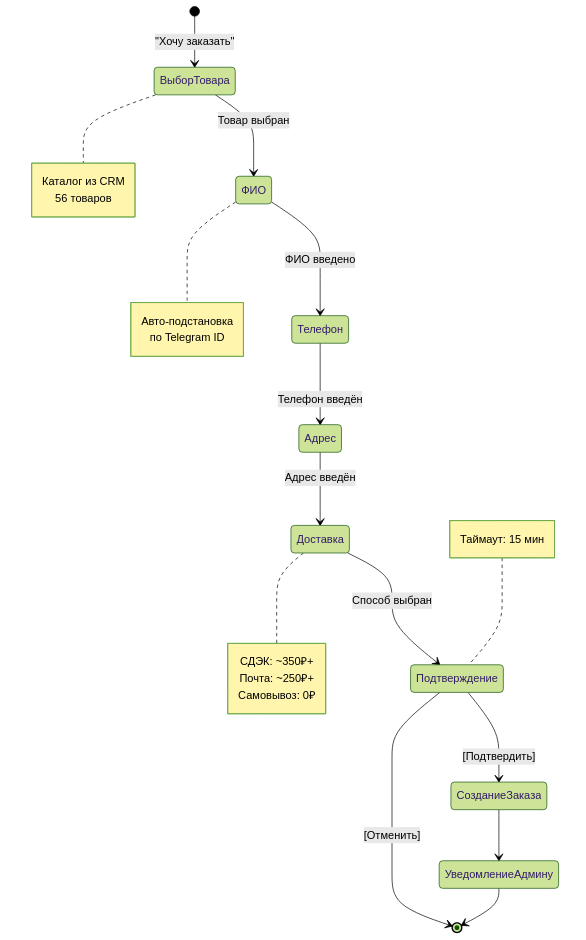
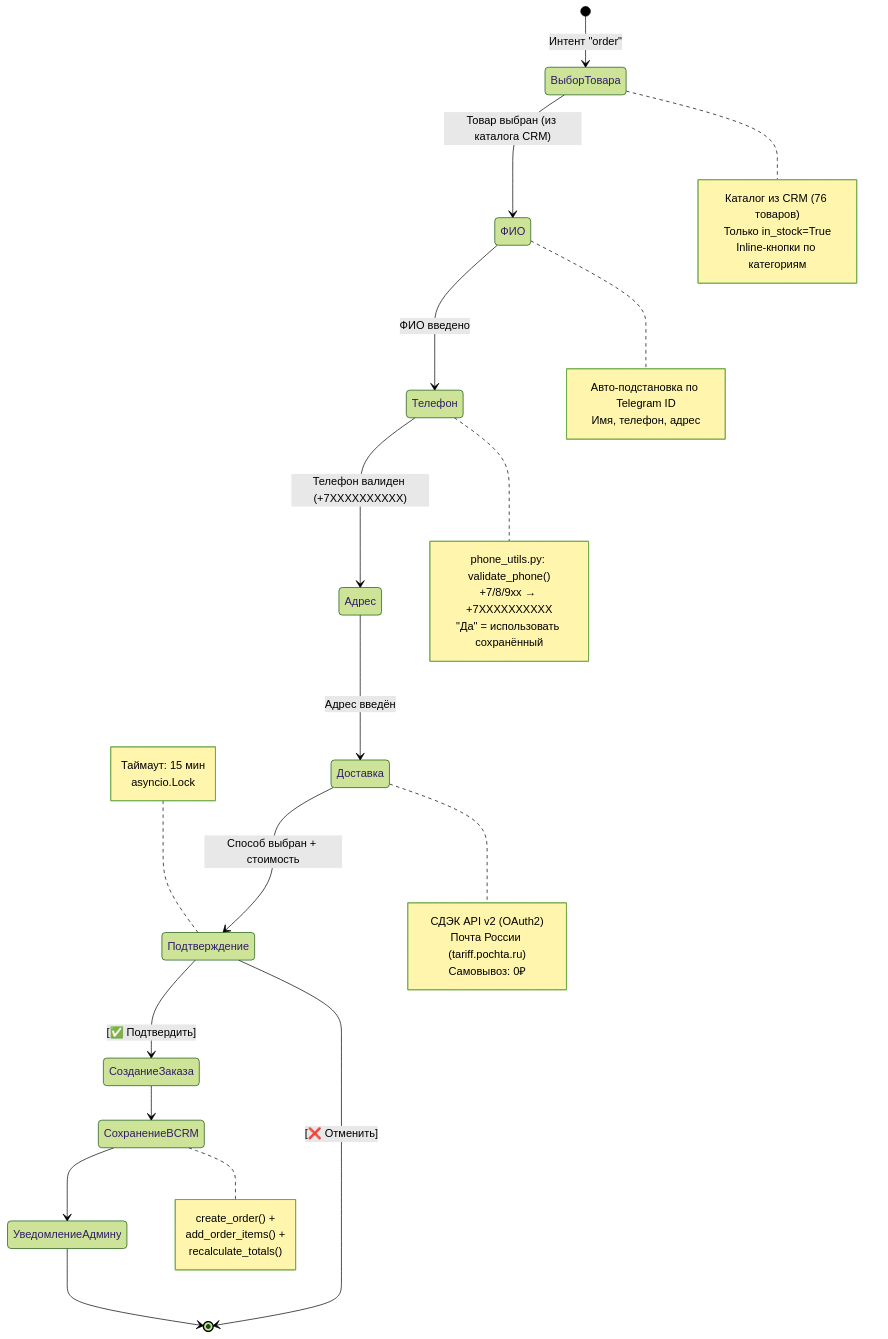
Before and after one commit to unidel2035/BEEBOT: the fourth of 12 diagrams in docs/architecture.md, drawn with Mermaid (forest theme). The commit also changed other lines of this file and 14 other files, not shown here.

````diff
--- a/docs/architecture.md
+++ b/docs/architecture.md
@@ -121,33 +145,48 @@
 ```mermaid
 stateDiagram-v2
-    [*] --> ВыборТовара: "Хочу заказать"
-    ВыборТовара --> ФИО: Товар выбран
+    [*] --> ВыборТовара: Интент "order"
+    ВыборТовара --> ФИО: Товар выбран (из каталога CRM)
     ФИО --> Телефон: ФИО введено
-    Телефон --> Адрес: Телефон введён
+    Телефон --> Адрес: Телефон валиден (+7XXXXXXXXXX)
     Адрес --> Доставка: Адрес введён
-    Доставка --> Подтверждение: Способ выбран
-    Подтверждение --> СозданиеЗаказа: [Подтвердить]
-    Подтверждение --> [*]: [Отменить]
-    СозданиеЗаказа --> УведомлениеАдмину
+    Доставка --> Подтверждение: Способ выбран + стоимость
+    Подтверждение --> СозданиеЗаказа: [✅ Подтвердить]
+    Подтверждение --> [*]: [❌ Отменить]
+    СозданиеЗаказа --> СохранениеВCRM
+    СохранениеВCRM --> УведомлениеАдмину
     УведомлениеАдмину --> [*]
 
     note right of ВыборТовара
-        Каталог из CRM
-        56 товаров
+        Каталог из CRM (76 товаров)
+        Только in_stock=True
+        Inline-кнопки по категориям
     end note
 
     note right of ФИО
-        Авто-подстановка
-        по Telegram ID
+        Авто-подстановка по Telegram ID
+        Имя, телефон, адрес
+    end note
+
+    note right of Телефон
+        phone_utils.py: validate_phone()
+        +7/8/9xx → +7XXXXXXXXXX
+        "Да" = использовать сохранённый
     end note
 
     note right of Доставка
-        СДЭК: ~350₽+
-        Почта: ~250₽+
+        СДЭК API v2 (OAuth2)
+        Почта России (tariff.pochta.ru)
         Самовывоз: 0₽
     end note
 
     note left of Подтверждение
         Таймаут: 15 мин
+        asyncio.Lock
+    end note
+
+    note right of СохранениеВCRM
+        create_order() +
+        add_order_items() +
+        recalculate_totals()
     end note
 ```
````
